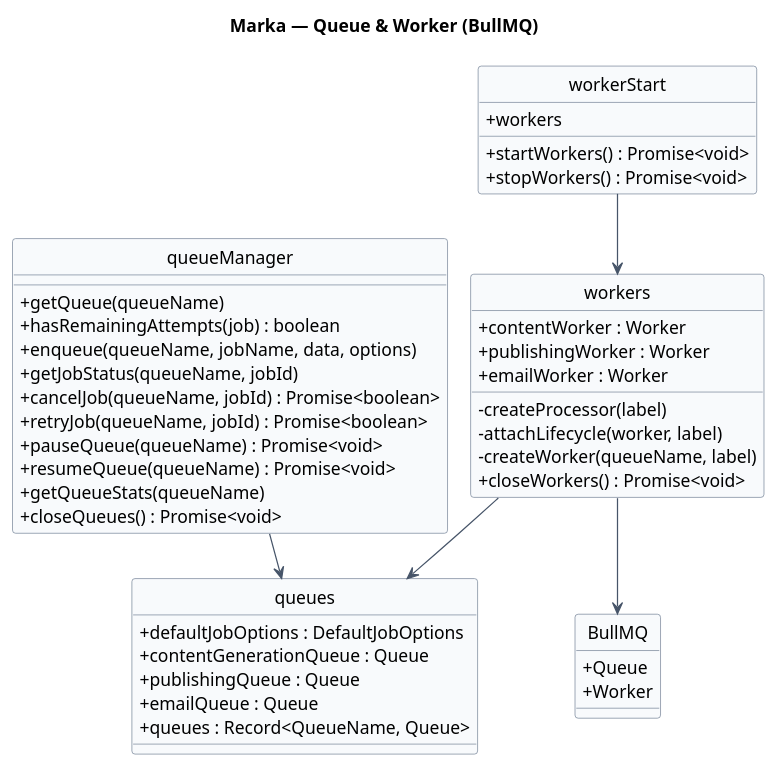
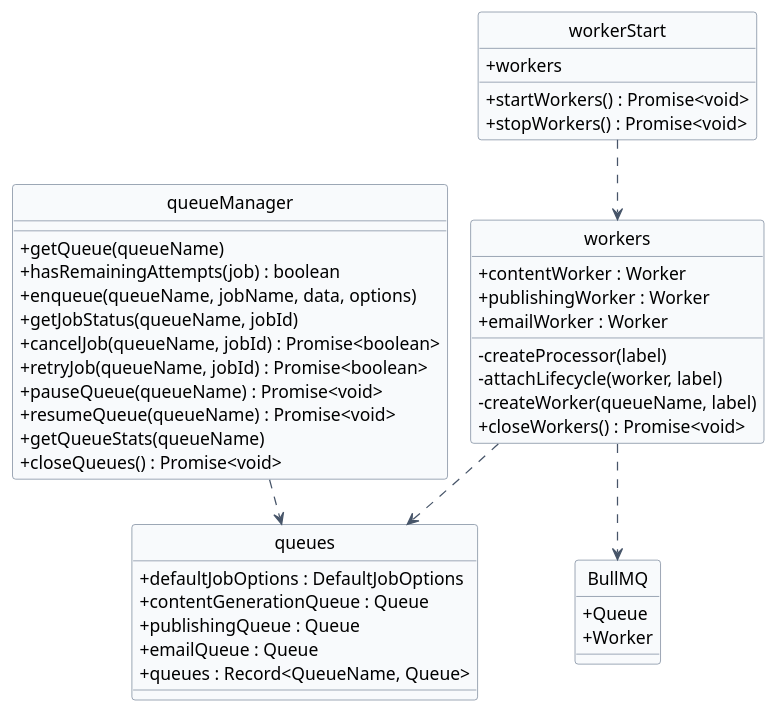
One commit to Pham-Hong-Ky/marka-capstone changed the diagram in docs/diagrams/06-system.puml. Above: the diagram before and after it, drawn with PlantUML. The commit also changed 20 other files, not shown here.

```diff
--- a/docs/diagrams/06-system.puml
+++ b/docs/diagrams/06-system.puml
@@ -1,66 +1,65 @@
 @startuml 06-system
 hide circle
 hide stereotype
 !pragma layout smetana
-title Marka — Queue & Worker (BullMQ)
 
 skinparam classAttributeIconSize 0
 skinparam linetype ortho
 skinparam shadowing false
 skinparam defaultFontName Arial
 skinparam nodesep 26
 skinparam ranksep 44
 skinparam class {
   BackgroundColor #F8FAFC
   BorderColor #64748B
   ArrowColor #475569
 }
 
 class "workerStart" as workerStart {
   + startWorkers() : Promise<void>
   + stopWorkers() : Promise<void>
   + workers
 }
 
 class "workers" as workers {
   - createProcessor(label)
   - attachLifecycle(worker, label)
   - createWorker(queueName, label)
   + contentWorker : Worker
   + publishingWorker : Worker
   + emailWorker : Worker
   + closeWorkers() : Promise<void>
 }
 
 class "queues" as queues {
   + defaultJobOptions : DefaultJobOptions
   + contentGenerationQueue : Queue
   + publishingQueue : Queue
   + emailQueue : Queue
   + queues : Record<QueueName, Queue>
 }
 
 class "queueManager" as queueManager {
   + getQueue(queueName)
   + hasRemainingAttempts(job) : boolean
   + enqueue(queueName, jobName, data, options)
   + getJobStatus(queueName, jobId)
   + cancelJob(queueName, jobId) : Promise<boolean>
   + retryJob(queueName, jobId) : Promise<boolean>
   + pauseQueue(queueName) : Promise<void>
   + resumeQueue(queueName) : Promise<void>
   + getQueueStats(queueName)
   + closeQueues() : Promise<void>
 }
 
 class "BullMQ" as bullmq {
   + Queue
   + Worker
 }
 
-workerStart --> workers
-workers --> queues
-workers --> bullmq
-queueManager --> queues
+workerStart ..> workers
+workers ..> queues
+workers ..> bullmq
+queueManager ..> queues
 
 @enduml
```
